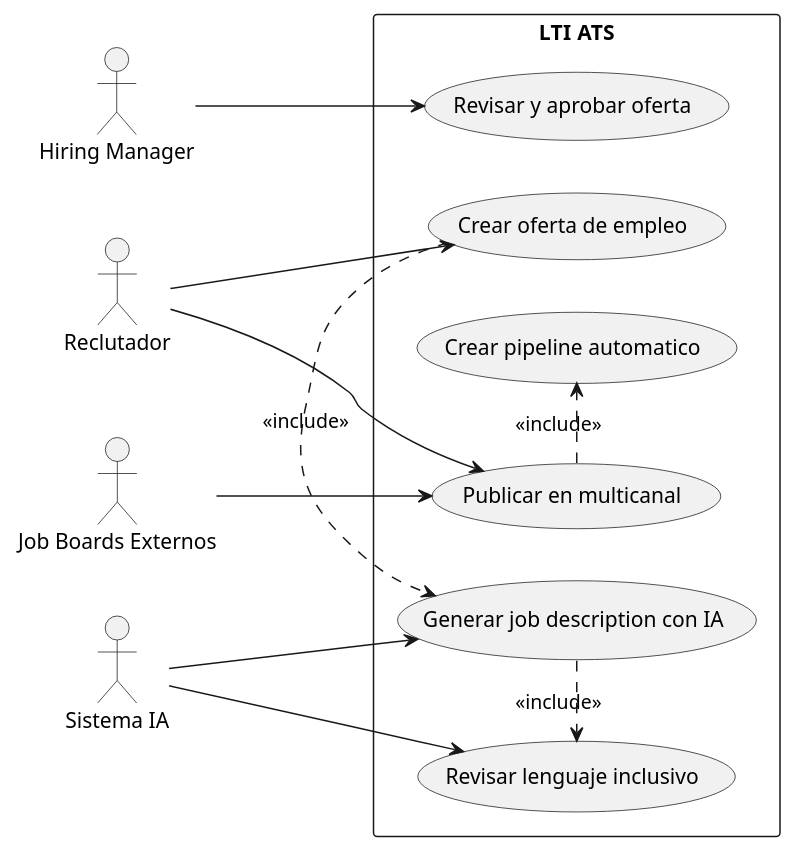
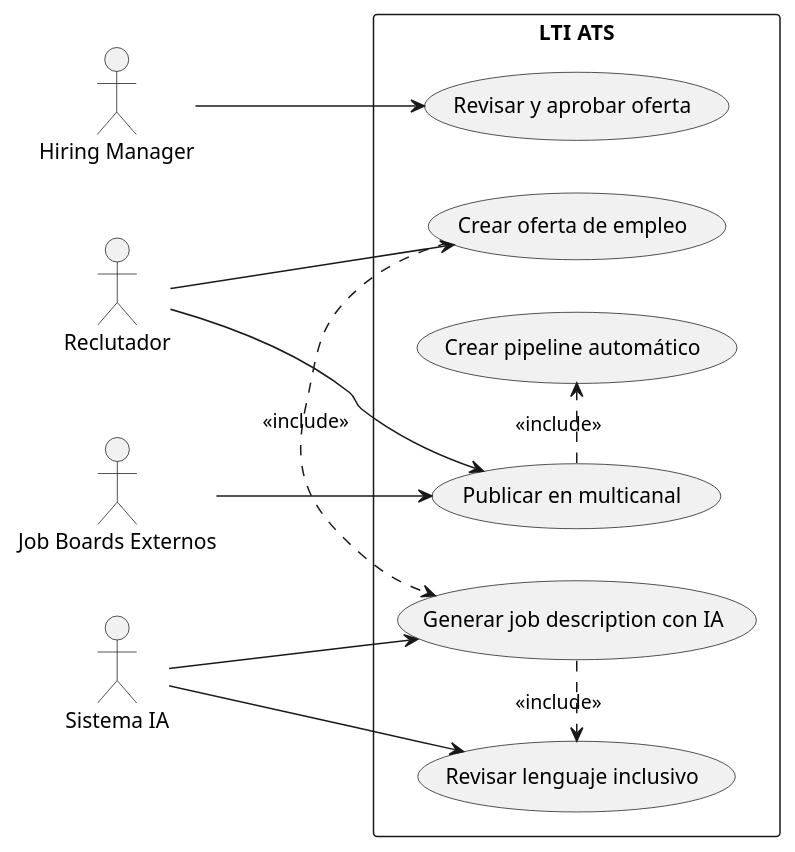
The second of 9 diagrams in lti/LTI-DMM/LTI-DMM.md (mrbicho/AI4Devs-design-1-202602-Seniors), drawn with PlantUML before and after one commit. The commit also changed other lines of this file and 1 other file, not shown here.

````diff
--- a/lti/LTI-DMM/LTI-DMM.md
+++ b/lti/LTI-DMM/LTI-DMM.md
@@ -323,28 +323,28 @@
 ```plantuml
 @startuml
 left to right direction
 actor Reclutador
 actor "Hiring Manager" as HM
 actor "Sistema IA" as IA
 actor "Job Boards Externos" as JB
 
 rectangle "LTI ATS" {
   usecase "Crear oferta de empleo" as UC1
   usecase "Generar job description con IA" as UC2
   usecase "Revisar lenguaje inclusivo" as UC3
   usecase "Revisar y aprobar oferta" as UC4
   usecase "Publicar en multicanal" as UC5
-  usecase "Crear pipeline automatico" as UC6
+  usecase "Crear pipeline automático" as UC6
 }
 
 Reclutador --> UC1
 Reclutador --> UC5
 HM --> UC4
 IA --> UC2
 IA --> UC3
 JB --> UC5
 UC1 .> UC2 : <<include>>
 UC2 .> UC3 : <<include>>
 UC5 .> UC6 : <<include>>
 @enduml
 ```
````
